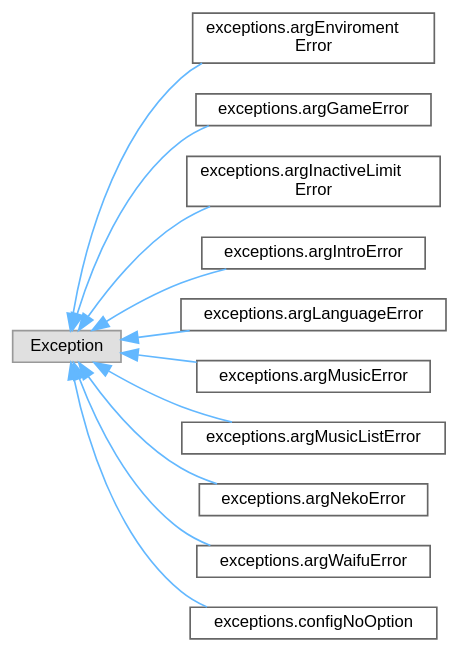
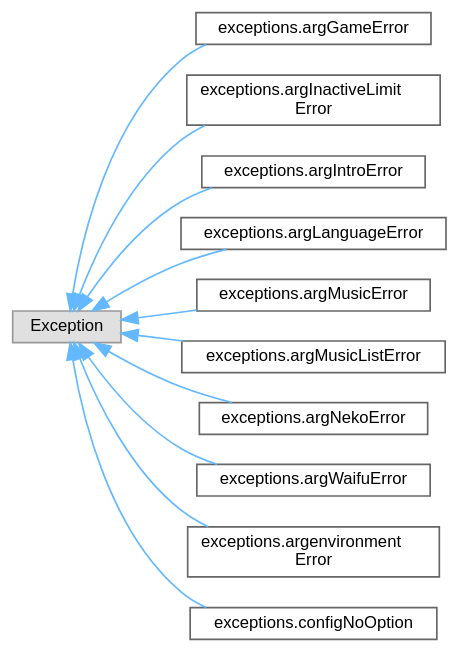
The diagram in inherit_graph_1.dot (GrenManSK/ZnamE), drawn with Graphviz before and after one commit. The commit also changed 125 other files, not shown here.

```diff
--- a/inherit_graph_1.dot
+++ b/inherit_graph_1.dot
@@ -1,29 +1,29 @@
 digraph "Graphical Class Hierarchy"
 {
  // LATEX_PDF_SIZE
   bgcolor="transparent";
   edge [fontname=Helvetica,fontsize=10,labelfontname=Helvetica,labelfontsize=10];
   node [fontname=Helvetica,fontsize=10,shape=box,height=0.2,width=0.4];
   rankdir="LR";
   Node0 [label="Exception",height=0.2,width=0.4,color="grey60", fillcolor="#E0E0E0", style="filled",tooltip=" "];
   Node0 -> Node1 [dir="back",color="steelblue1",style="solid"];
-  Node1 [label="exceptions.argEnviroment\lError",height=0.2,width=0.4,color="grey40", fillcolor="white", style="filled",URL="$dd/dbe/classexceptions_1_1arg_enviroment_error.html",tooltip=" "];
+  Node1 [label="exceptions.argGameError",height=0.2,width=0.4,color="grey40", fillcolor="white", style="filled",URL="$dc/d31/classexceptions_1_1arg_game_error.html",tooltip=" "];
   Node0 -> Node2 [dir="back",color="steelblue1",style="solid"];
-  Node2 [label="exceptions.argGameError",height=0.2,width=0.4,color="grey40", fillcolor="white", style="filled",URL="$dc/d31/classexceptions_1_1arg_game_error.html",tooltip=" "];
+  Node2 [label="exceptions.argInactiveLimit\lError",height=0.2,width=0.4,color="grey40", fillcolor="white", style="filled",URL="$df/deb/classexceptions_1_1arg_inactive_limit_error.html",tooltip=" "];
   Node0 -> Node3 [dir="back",color="steelblue1",style="solid"];
-  Node3 [label="exceptions.argInactiveLimit\lError",height=0.2,width=0.4,color="grey40", fillcolor="white", style="filled",URL="$df/deb/classexceptions_1_1arg_inactive_limit_error.html",tooltip=" "];
+  Node3 [label="exceptions.argIntroError",height=0.2,width=0.4,color="grey40", fillcolor="white", style="filled",URL="$d6/d2b/classexceptions_1_1arg_intro_error.html",tooltip=" "];
   Node0 -> Node4 [dir="back",color="steelblue1",style="solid"];
-  Node4 [label="exceptions.argIntroError",height=0.2,width=0.4,color="grey40", fillcolor="white", style="filled",URL="$d6/d2b/classexceptions_1_1arg_intro_error.html",tooltip=" "];
+  Node4 [label="exceptions.argLanguageError",height=0.2,width=0.4,color="grey40", fillcolor="white", style="filled",URL="$d7/d77/classexceptions_1_1arg_language_error.html",tooltip=" "];
   Node0 -> Node5 [dir="back",color="steelblue1",style="solid"];
-  Node5 [label="exceptions.argLanguageError",height=0.2,width=0.4,color="grey40", fillcolor="white", style="filled",URL="$d7/d77/classexceptions_1_1arg_language_error.html",tooltip=" "];
+  Node5 [label="exceptions.argMusicError",height=0.2,width=0.4,color="grey40", fillcolor="white", style="filled",URL="$d5/d36/classexceptions_1_1arg_music_error.html",tooltip=" "];
   Node0 -> Node6 [dir="back",color="steelblue1",style="solid"];
-  Node6 [label="exceptions.argMusicError",height=0.2,width=0.4,color="grey40", fillcolor="white", style="filled",URL="$d5/d36/classexceptions_1_1arg_music_error.html",tooltip=" "];
+  Node6 [label="exceptions.argMusicListError",height=0.2,width=0.4,color="grey40", fillcolor="white", style="filled",URL="$df/de6/classexceptions_1_1arg_music_list_error.html",tooltip=" "];
   Node0 -> Node7 [dir="back",color="steelblue1",style="solid"];
-  Node7 [label="exceptions.argMusicListError",height=0.2,width=0.4,color="grey40", fillcolor="white", style="filled",URL="$df/de6/classexceptions_1_1arg_music_list_error.html",tooltip=" "];
+  Node7 [label="exceptions.argNekoError",height=0.2,width=0.4,color="grey40", fillcolor="white", style="filled",URL="$d1/d60/classexceptions_1_1arg_neko_error.html",tooltip=" "];
   Node0 -> Node8 [dir="back",color="steelblue1",style="solid"];
-  Node8 [label="exceptions.argNekoError",height=0.2,width=0.4,color="grey40", fillcolor="white", style="filled",URL="$d1/d60/classexceptions_1_1arg_neko_error.html",tooltip=" "];
+  Node8 [label="exceptions.argWaifuError",height=0.2,width=0.4,color="grey40", fillcolor="white", style="filled",URL="$da/dcb/classexceptions_1_1arg_waifu_error.html",tooltip=" "];
   Node0 -> Node9 [dir="back",color="steelblue1",style="solid"];
-  Node9 [label="exceptions.argWaifuError",height=0.2,width=0.4,color="grey40", fillcolor="white", style="filled",URL="$da/dcb/classexceptions_1_1arg_waifu_error.html",tooltip=" "];
+  Node9 [label="exceptions.argenvironment\lError",height=0.2,width=0.4,color="grey40", fillcolor="white", style="filled",URL="$d2/d37/classexceptions_1_1argenvironment_error.html",tooltip=" "];
   Node0 -> Node10 [dir="back",color="steelblue1",style="solid"];
   Node10 [label="exceptions.configNoOption",height=0.2,width=0.4,color="grey40", fillcolor="white", style="filled",URL="$dd/d3d/classexceptions_1_1config_no_option.html",tooltip=" "];
 }
```
